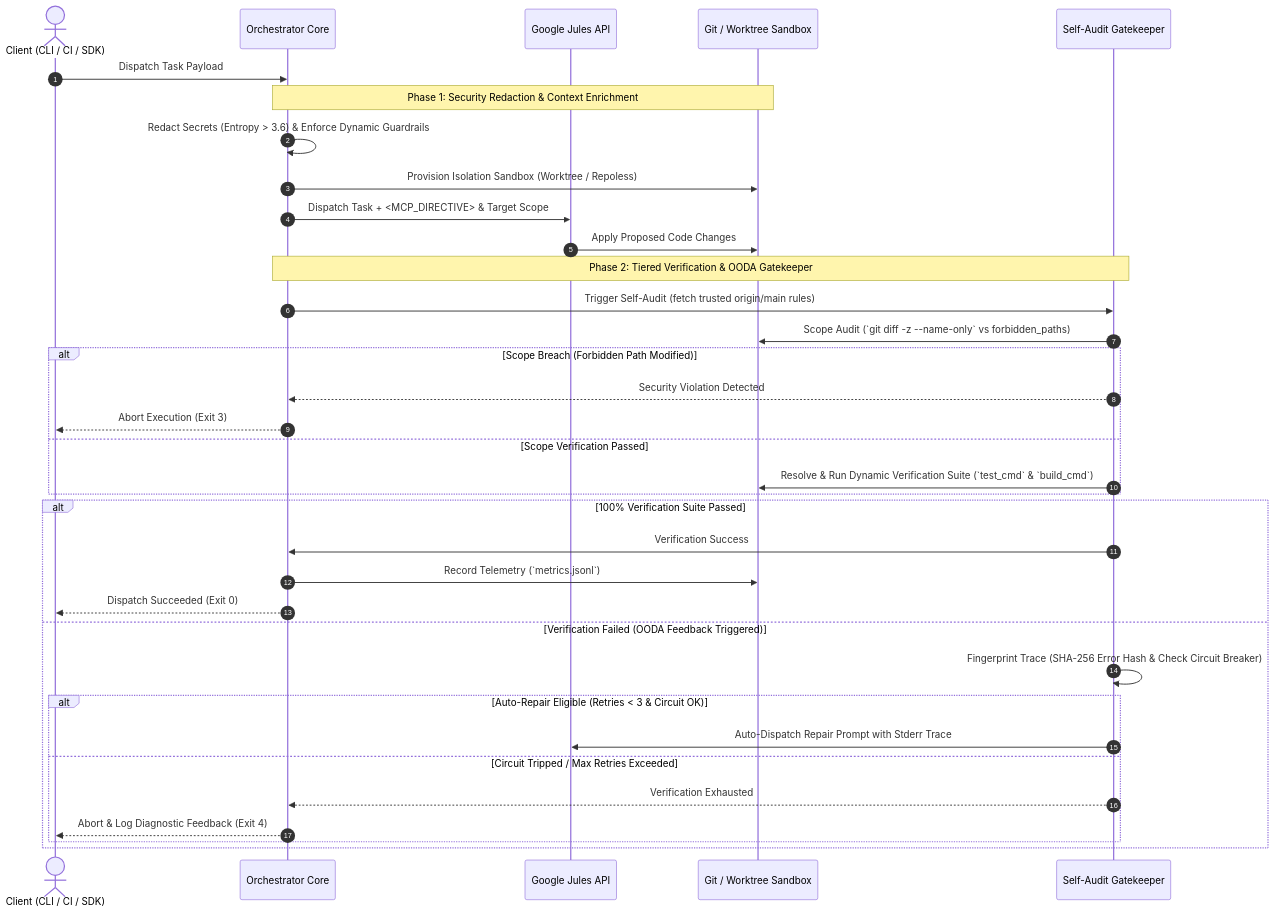
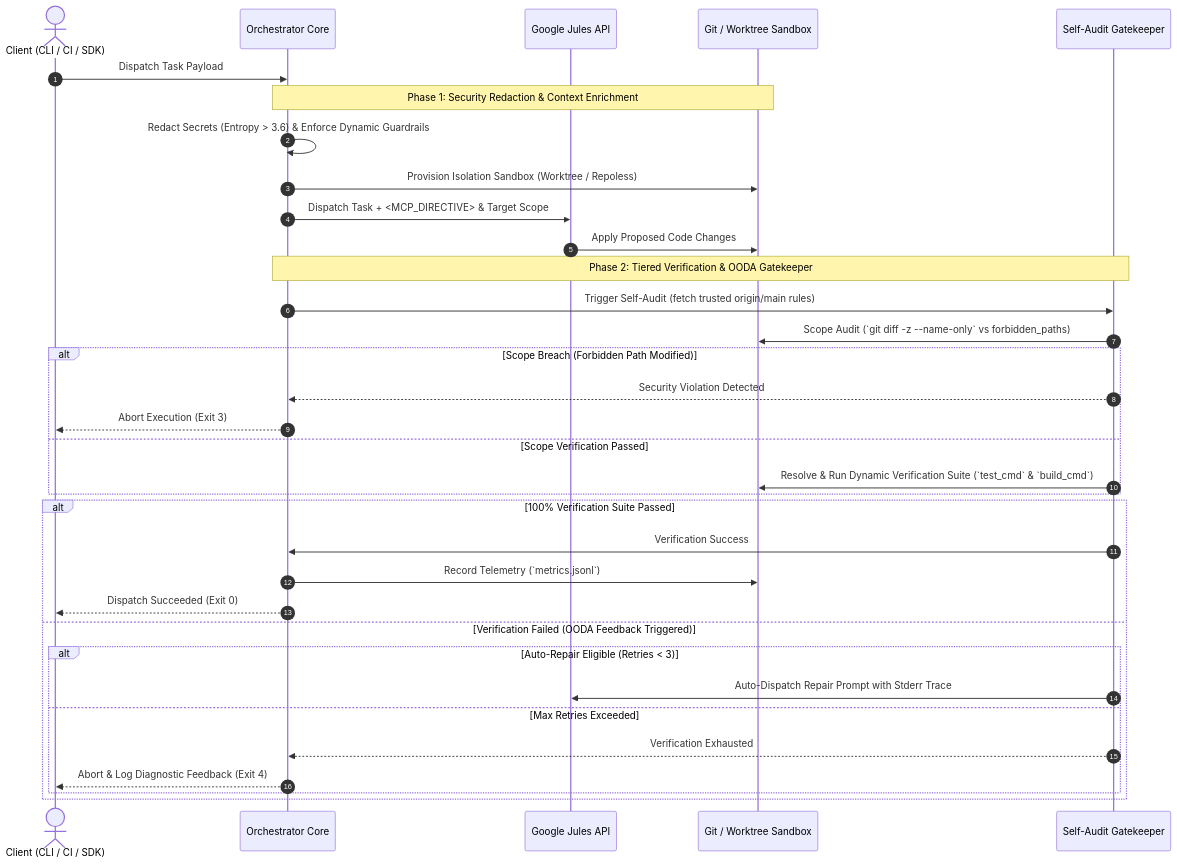
Before and after one commit to FullThrottle83/jules-orchestrator-kit: the third of 3 diagrams in README.md, drawn with Mermaid. The commit also changed other lines of this file and 6 other files, not shown here.

````diff
--- a/README.md
+++ b/README.md
@@ -117,43 +116,42 @@
 ```mermaid
 sequenceDiagram
     autonumber
     actor Trigger as Client (CLI / CI / SDK)
     participant Orc as Orchestrator Core
     participant API as Google Jules API
     participant Git as Git / Worktree Sandbox
     participant Gate as Self-Audit Gatekeeper
 
     Trigger->>Orc: Dispatch Task Payload
     
     note over Orc,Git: Phase 1: Security Redaction & Context Enrichment
     Orc->>Orc: Redact Secrets (Entropy > 3.6) & Enforce Dynamic Guardrails
     Orc->>Git: Provision Isolation Sandbox (Worktree / Repoless)
     Orc->>API: Dispatch Task + <MCP_DIRECTIVE> & Target Scope
 
     API->>Git: Apply Proposed Code Changes
     
     note over Orc,Gate: Phase 2: Tiered Verification & OODA Gatekeeper
     Orc->>Gate: Trigger Self-Audit (fetch trusted origin/main rules)
     Gate->>Git: Scope Audit (`git diff -z --name-only` vs forbidden_paths)
     
     alt Scope Breach (Forbidden Path Modified)
         Gate-->>Orc: Security Violation Detected
         Orc-->>Trigger: Abort Execution (Exit 3)
     else Scope Verification Passed
         Gate->>Git: Resolve & Run Dynamic Verification Suite (`test_cmd` & `build_cmd`)
     end
 
     alt 100% Verification Suite Passed
         Gate->>Orc: Verification Success
         Orc->>Git: Record Telemetry (`metrics.jsonl`)
         Orc-->>Trigger: Dispatch Succeeded (Exit 0)
     else Verification Failed (OODA Feedback Triggered)
-        Gate->>Gate: Fingerprint Trace (SHA-256 Error Hash & Check Circuit Breaker)
-        alt Auto-Repair Eligible (Retries < 3 & Circuit OK)
+        alt Auto-Repair Eligible (Retries < 3)
             Gate->>API: Auto-Dispatch Repair Prompt with Stderr Trace
-        else Circuit Tripped / Max Retries Exceeded
+        else Max Retries Exceeded
             Gate-->>Orc: Verification Exhausted
             Orc-->>Trigger: Abort & Log Diagnostic Feedback (Exit 4)
         end
     end
 ```
````
